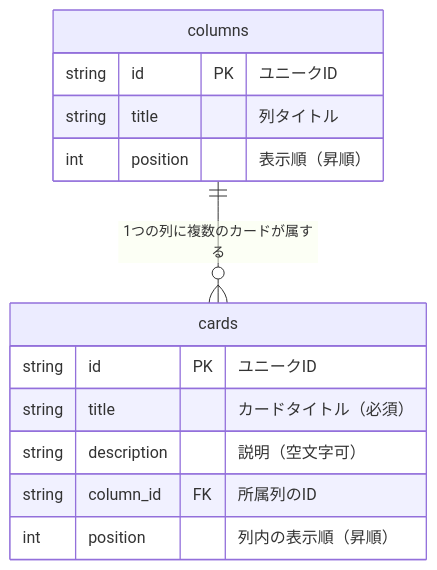
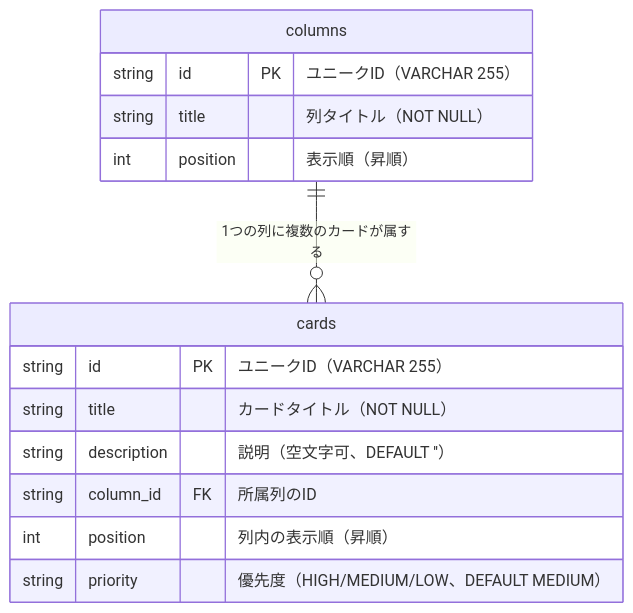
The first of 6 diagrams in docs/design.md (yuhihamada0703/AI-Engineer-Course---yuhihamada), drawn with Mermaid before and after one commit. The commit also changed other lines of this file and 5 other files, not shown here.

````diff
--- a/docs/design.md
+++ b/docs/design.md
@@ -13,16 +14,17 @@
 ```mermaid
 erDiagram
     columns {
-        string id PK "ユニークID"
-        string title "列タイトル"
+        string id PK "ユニークID（VARCHAR 255）"
+        string title "列タイトル（NOT NULL）"
         int position "表示順（昇順）"
     }
     cards {
-        string id PK "ユニークID"
-        string title "カードタイトル（必須）"
-        string description "説明（空文字可）"
+        string id PK "ユニークID（VARCHAR 255）"
+        string title "カードタイトル（NOT NULL）"
+        string description "説明（空文字可、DEFAULT ''）"
         string column_id FK "所属列のID"
         int position "列内の表示順（昇順）"
+        string priority "優先度（HIGH/MEDIUM/LOW、DEFAULT MEDIUM）"
     }
     columns ||--o{ cards : "1つの列に複数のカードが属する"
 ```
````
